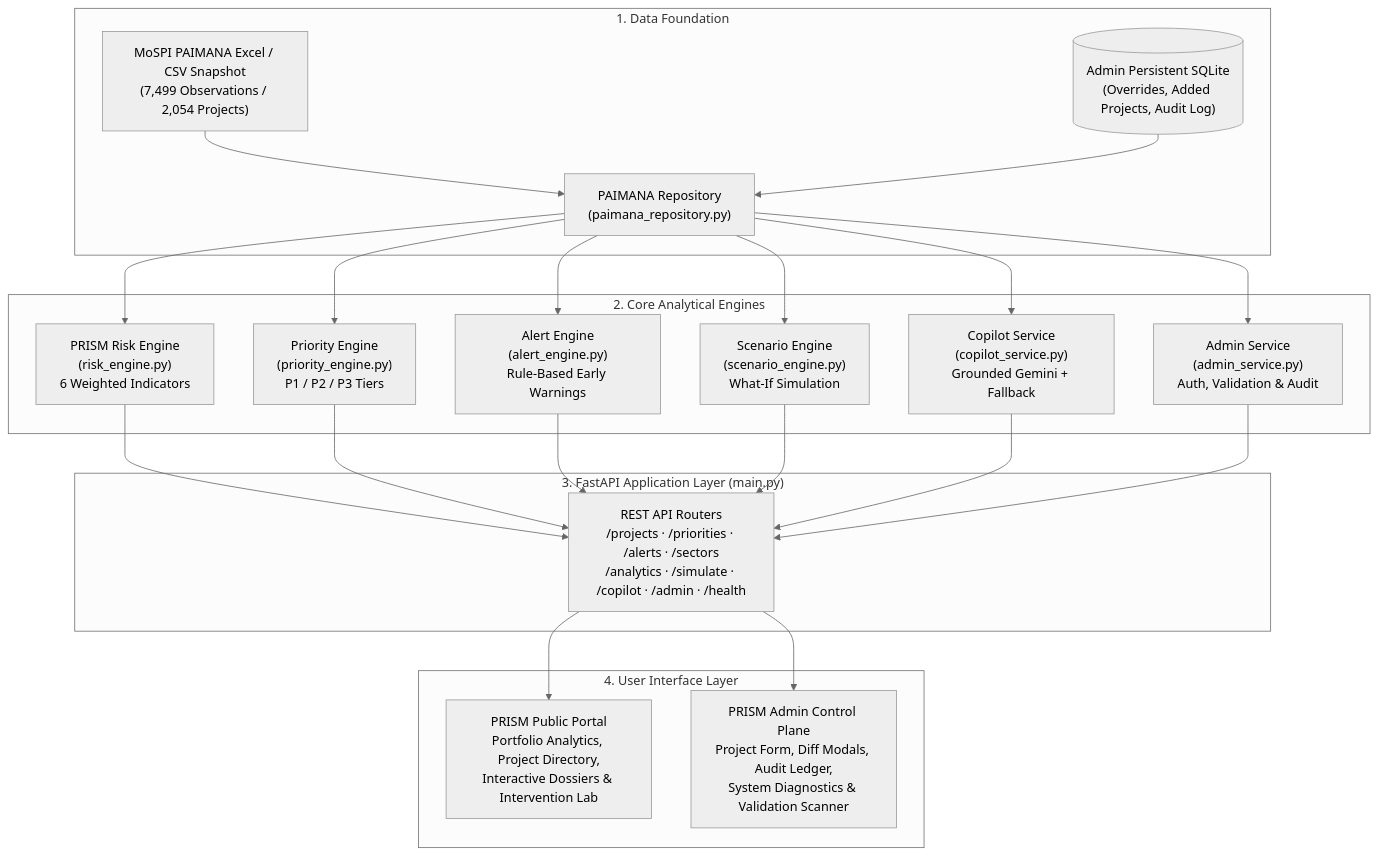
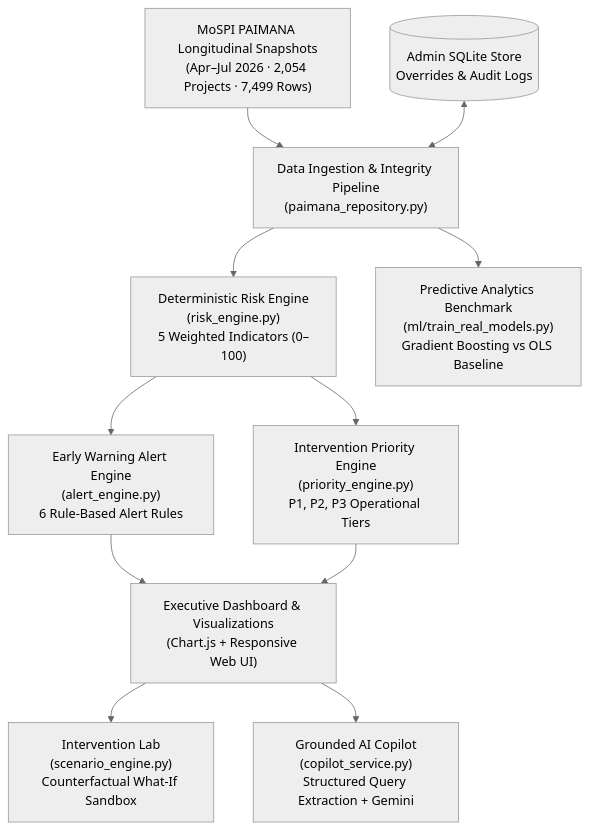
The first of 2 diagrams in README.md (abhinavg138/PRISM), drawn with Mermaid (neutral theme) before and after one commit. The commit also changed other lines of this file, not shown here.

Commit message:
docs: rewrite README for PRISM project and deployment

````diff
--- a/README.md
+++ b/README.md
@@ -68,43 +112,18 @@
 ```mermaid
 flowchart TD
-    subgraph Data_Layer ["1. Data Foundation"]
-        MOSPI["MoSPI PAIMANA Excel / CSV Snapshot<br/>(7,499 Observations / 2,054 Projects)"]
-        SQLITE[("Admin Persistent SQLite<br/>(Overrides, Added Projects, Audit Log)")]
-        REPO["PAIMANA Repository<br/>(paimana_repository.py)"]
-        MOSPI --> REPO
-        SQLITE --> REPO
-    end
-
-    subgraph Analytical_Engines ["2. Core Analytical Engines"]
-        RISK["PRISM Risk Engine<br/>(risk_engine.py)<br/>6 Weighted Indicators"]
-        PRIORITY["Priority Engine<br/>(priority_engine.py)<br/>P1 / P2 / P3 Tiers"]
-        ALERT["Alert Engine<br/>(alert_engine.py)<br/>Rule-Based Early Warnings"]
-        SCENARIO["Scenario Engine<br/>(scenario_engine.py)<br/>What-If Simulation"]
-        COPILOT["Copilot Service<br/>(copilot_service.py)<br/>Grounded Gemini + Fallback"]
-        ADMIN["Admin Service<br/>(admin_service.py)<br/>Auth, Validation & Audit"]
-
-        REPO --> RISK
-        REPO --> PRIORITY
-        REPO --> ALERT
-        REPO --> SCENARIO
-        REPO --> COPILOT
-        REPO --> ADMIN
-    end
-
-    subgraph API_Gateway ["3. FastAPI Application Layer (main.py)"]
-        ROUTERS["REST API Routers<br/>/projects · /priorities · /alerts · /sectors<br/>/analytics · /simulate · /copilot · /admin · /health"]
-        RISK --> ROUTERS
-        PRIORITY --> ROUTERS
-        ALERT --> ROUTERS
-        SCENARIO --> ROUTERS
-        COPILOT --> ROUTERS
-        ADMIN --> ROUTERS
-    end
-
-    subgraph UI_Surfaces ["4. User Interface Layer"]
-        PORTAL["PRISM Public Portal<br/>Portfolio Analytics, Project Directory,<br/>Interactive Dossiers & Intervention Lab"]
-        ADMIN_UI["PRISM Admin Control Plane<br/>Project Form, Diff Modals, Audit Ledger,<br/>System Diagnostics & Validation Scanner"]
-        ROUTERS --> PORTAL
-        ROUTERS --> ADMIN_UI
-    end
+    A["MoSPI PAIMANA Longitudinal Snapshots<br/>(Apr–Jul 2026 · 2,054 Projects · 7,499 Rows)"] --> B["Data Ingestion & Integrity Pipeline<br/>(paimana_repository.py)"]
+    
+    B --> C["Deterministic Risk Engine<br/>(risk_engine.py)<br/>5 Weighted Indicators (0–100)"]
+    B --> D["Predictive Analytics Benchmark<br/>(ml/train_real_models.py)<br/>Gradient Boosting vs OLS Baseline"]
+    
+    C --> E["Early Warning Alert Engine<br/>(alert_engine.py)<br/>6 Rule-Based Alert Rules"]
+    C --> F["Intervention Priority Engine<br/>(priority_engine.py)<br/>P1, P2, P3 Operational Tiers"]
+    
+    E --> G["Executive Dashboard & Visualizations<br/>(Chart.js + Responsive Web UI)"]
+    F --> G
+    
+    G --> H["Intervention Lab<br/>(scenario_engine.py)<br/>Counterfactual What-If Sandbox"]
+    G --> I["Grounded AI Copilot<br/>(copilot_service.py)<br/>Structured Query Extraction + Gemini"]
+    
+    J[("Admin SQLite Store<br/>Overrides & Audit Logs")] <--> B
 ```
````
